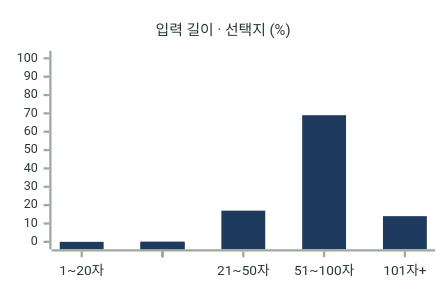
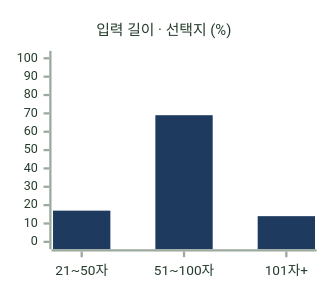
Before and after one commit to KIM-N-KANG/knk-harness: diagram 13 of 16 in docs/AI/CHAT/6-4-AI-EVALUATION-METHOD.md, drawn with Mermaid. The commit also changed other lines of this file, not shown here.

````diff
--- a/docs/AI/CHAT/6-4-AI-EVALUATION-METHOD.md
+++ b/docs/AI/CHAT/6-4-AI-EVALUATION-METHOD.md
@@ -219,8 +219,8 @@
 ```mermaid
-%%{init: {"theme": "base", "xyChart": {"width": 372, "height": 240, "titleFontSize": 13, "xAxis": {"labelFontSize": 12}, "yAxis": {"labelFontSize": 11, "showTitle": false}}, "themeVariables": {"xyChart": {"backgroundColor": "#FFFFFF", "titleColor": "#253C2C", "xAxisLabelColor": "#253C2C", "xAxisLineColor": "#9BA99E", "xAxisTickColor": "#9BA99E", "yAxisLabelColor": "#253C2C", "yAxisLineColor": "#9BA99E", "yAxisTickColor": "#9BA99E", "plotColorPalette": "#1F3A5F"}}}}%%
+%%{init: {"theme": "base", "xyChart": {"width": 268, "height": 240, "titleFontSize": 13, "xAxis": {"labelFontSize": 12}, "yAxis": {"labelFontSize": 11, "showTitle": false}}, "themeVariables": {"xyChart": {"backgroundColor": "#FFFFFF", "titleColor": "#253C2C", "xAxisLabelColor": "#253C2C", "xAxisLineColor": "#9BA99E", "xAxisTickColor": "#9BA99E", "yAxisLabelColor": "#253C2C", "yAxisLineColor": "#9BA99E", "yAxisTickColor": "#9BA99E", "plotColorPalette": "#1F3A5F"}}}}%%
 xychart-beta
     title "입력 길이 · 선택지 (%)"
-    x-axis ["1~20자", " ", "21~50자", "  ", "51~100자", "   ", "101자+"]
+    x-axis ["21~50자", "51~100자", "101자+"]
     y-axis 0 --> 100
-    bar [0, 0, 17, 0, 69, 0, 14]
+    bar [17, 69, 14]
 ```
````
